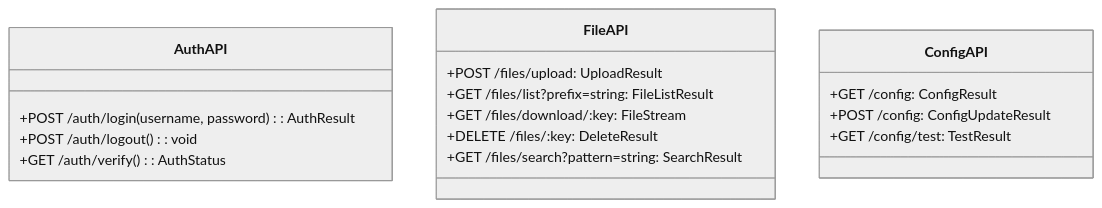
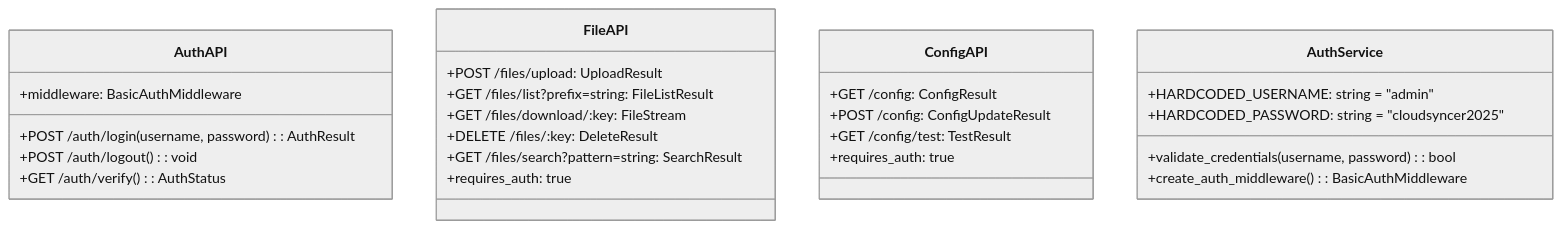
One commit to FATESAIKOU/CloudStorageSyncer changed the second of 10 diagrams in .prompt/02.Issue/04.AddWebInterface/01.BasicDesign/03.Overview-SystemInterface.md. Above: the diagram before and after it, drawn with Mermaid (neutral theme). The commit also changed 3 other files, not shown here.

````diff
--- a/.prompt/02.Issue/04.AddWebInterface/01.BasicDesign/03.Overview-SystemInterface.md
+++ b/.prompt/02.Issue/04.AddWebInterface/01.BasicDesign/03.Overview-SystemInterface.md
@@ -42,22 +42,32 @@
 ```mermaid
 classDiagram
     class AuthAPI {
         +POST /auth/login(username, password): AuthResult
         +POST /auth/logout(): void
         +GET /auth/verify(): AuthStatus
+        +middleware: BasicAuthMiddleware
     }
 
     class FileAPI {
         +POST /files/upload: UploadResult
         +GET /files/list?prefix=string: FileListResult
         +GET /files/download/:key: FileStream
         +DELETE /files/:key: DeleteResult
         +GET /files/search?pattern=string: SearchResult
+        +requires_auth: true
     }
 
     class ConfigAPI {
         +GET /config: ConfigResult
         +POST /config: ConfigUpdateResult
         +GET /config/test: TestResult
+        +requires_auth: true
+    }
+
+    class AuthService {
+        +HARDCODED_USERNAME: string = "admin"
+        +HARDCODED_PASSWORD: string = "cloudsyncer2025"
+        +validate_credentials(username, password): bool
+        +create_auth_middleware(): BasicAuthMiddleware
     }
 ```
````
